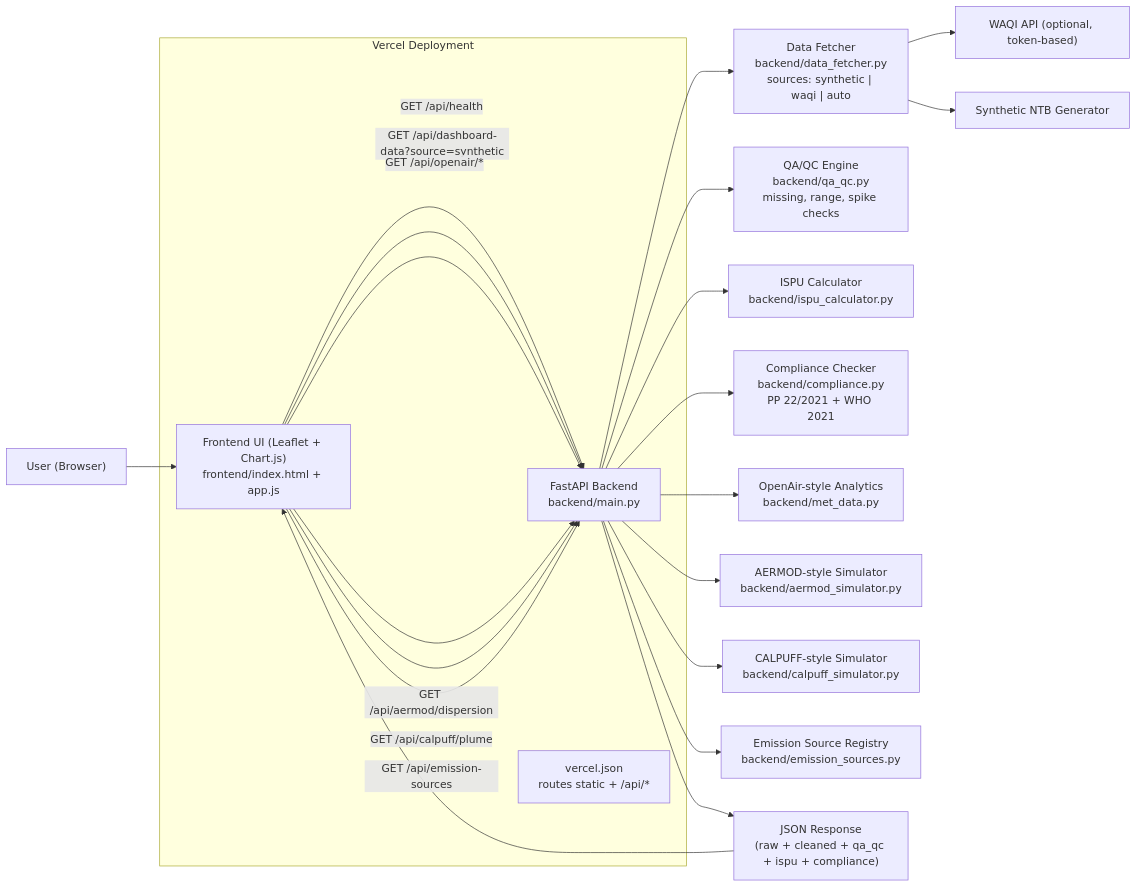
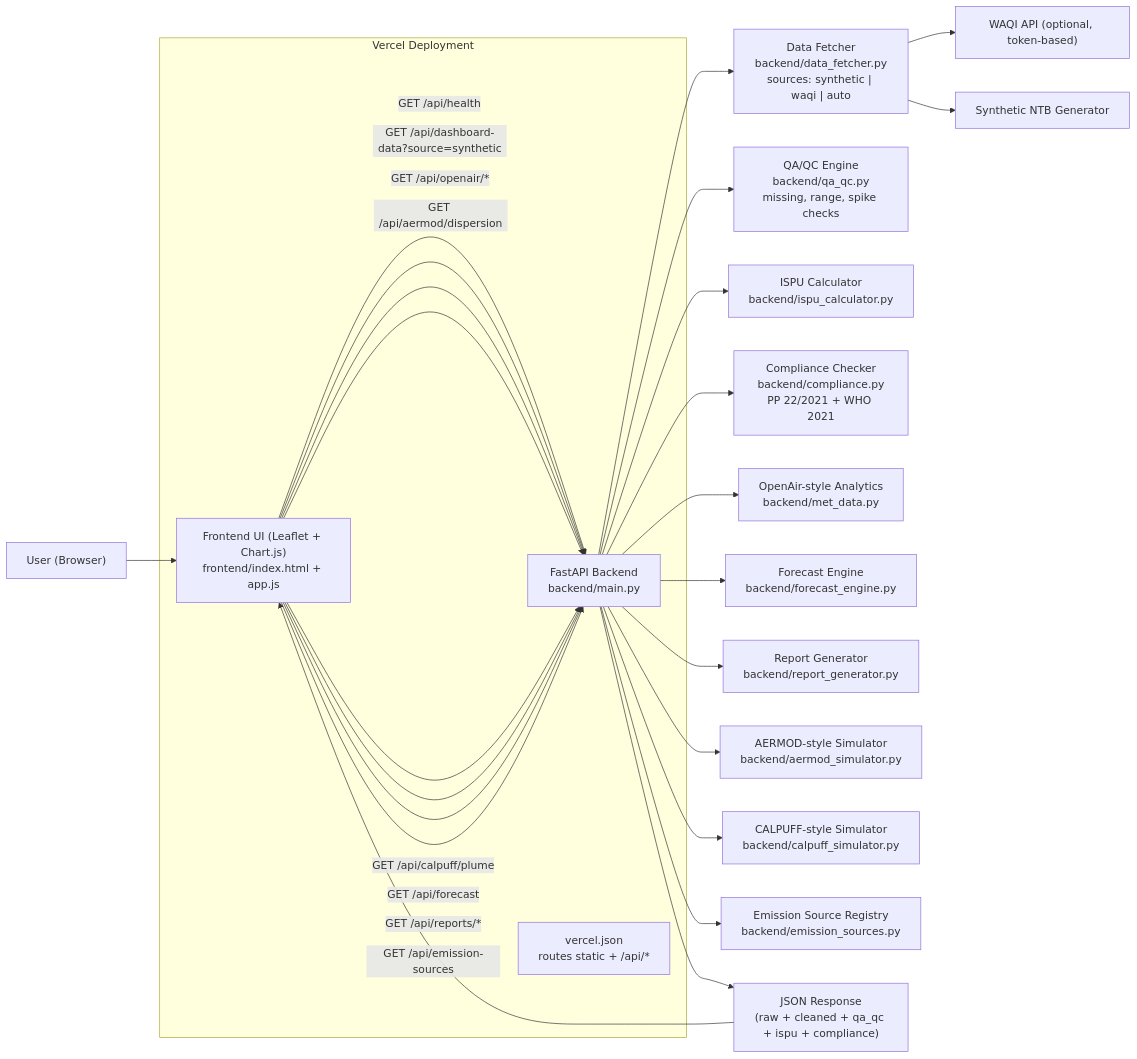
Before and after one commit to rizkiagustiawan/airtestingquality: the diagram in README.md, drawn with Mermaid. The commit also changed other lines of this file and 12 other files, not shown here.

````diff
--- a/README.md
+++ b/README.md
@@ -137,32 +146,36 @@
 ```mermaid
 flowchart LR
     U["User (Browser)"] --> FE["Frontend UI (Leaflet + Chart.js)\nfrontend/index.html + app.js"]
 
     FE -->|GET /api/health| API["FastAPI Backend\nbackend/main.py"]
     FE -->|GET /api/dashboard-data?source=synthetic| API
     FE -->|GET /api/openair/*| API
     FE -->|GET /api/aermod/dispersion| API
     FE -->|GET /api/calpuff/plume| API
+    FE -->|GET /api/forecast| API
+    FE -->|GET /api/reports/*| API
     FE -->|GET /api/emission-sources| API
 
     API --> DF["Data Fetcher\nbackend/data_fetcher.py\nsources: synthetic | waqi | auto"]
     DF --> WAQI["WAQI API (optional, token-based)"]
     DF --> SYN["Synthetic NTB Generator"]
 
     API --> QA["QA/QC Engine\nbackend/qa_qc.py\nmissing, range, spike checks"]
     API --> ISPU["ISPU Calculator\nbackend/ispu_calculator.py"]
     API --> CMP["Compliance Checker\nbackend/compliance.py\nPP 22/2021 + WHO 2021"]
     API --> OA["OpenAir-style Analytics\nbackend/met_data.py"]
+    API --> FC["Forecast Engine\nbackend/forecast_engine.py"]
+    API --> RG["Report Generator\nbackend/report_generator.py"]
     API --> AER["AERMOD-style Simulator\nbackend/aermod_simulator.py"]
     API --> CAL["CALPUFF-style Simulator\nbackend/calpuff_simulator.py"]
     API --> SRC["Emission Source Registry\nbackend/emission_sources.py"]
 
     API --> RESP["JSON Response\n(raw + cleaned + qa_qc + ispu + compliance)"]
     RESP --> FE
 
     subgraph Deploy["Vercel Deployment"]
       FE
       API
       VCFG["vercel.json\nroutes static + /api/*"]
     end
 ```
````
